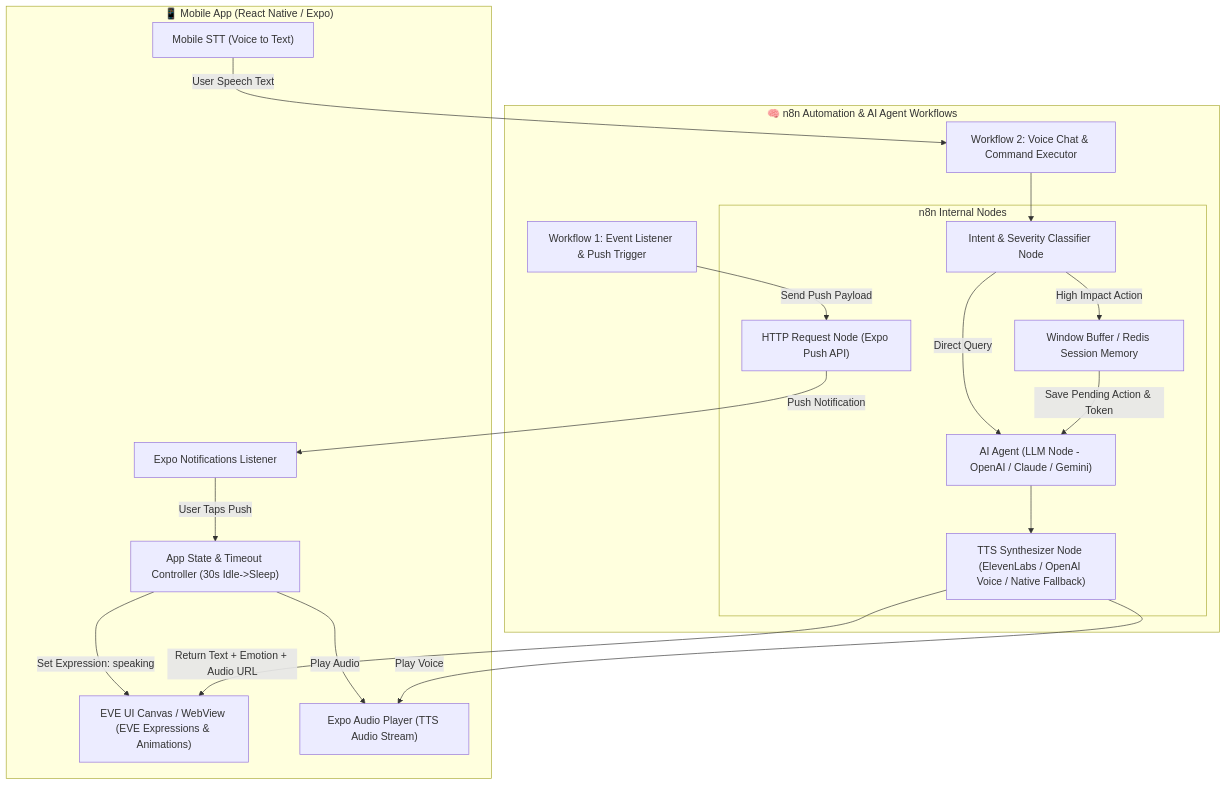
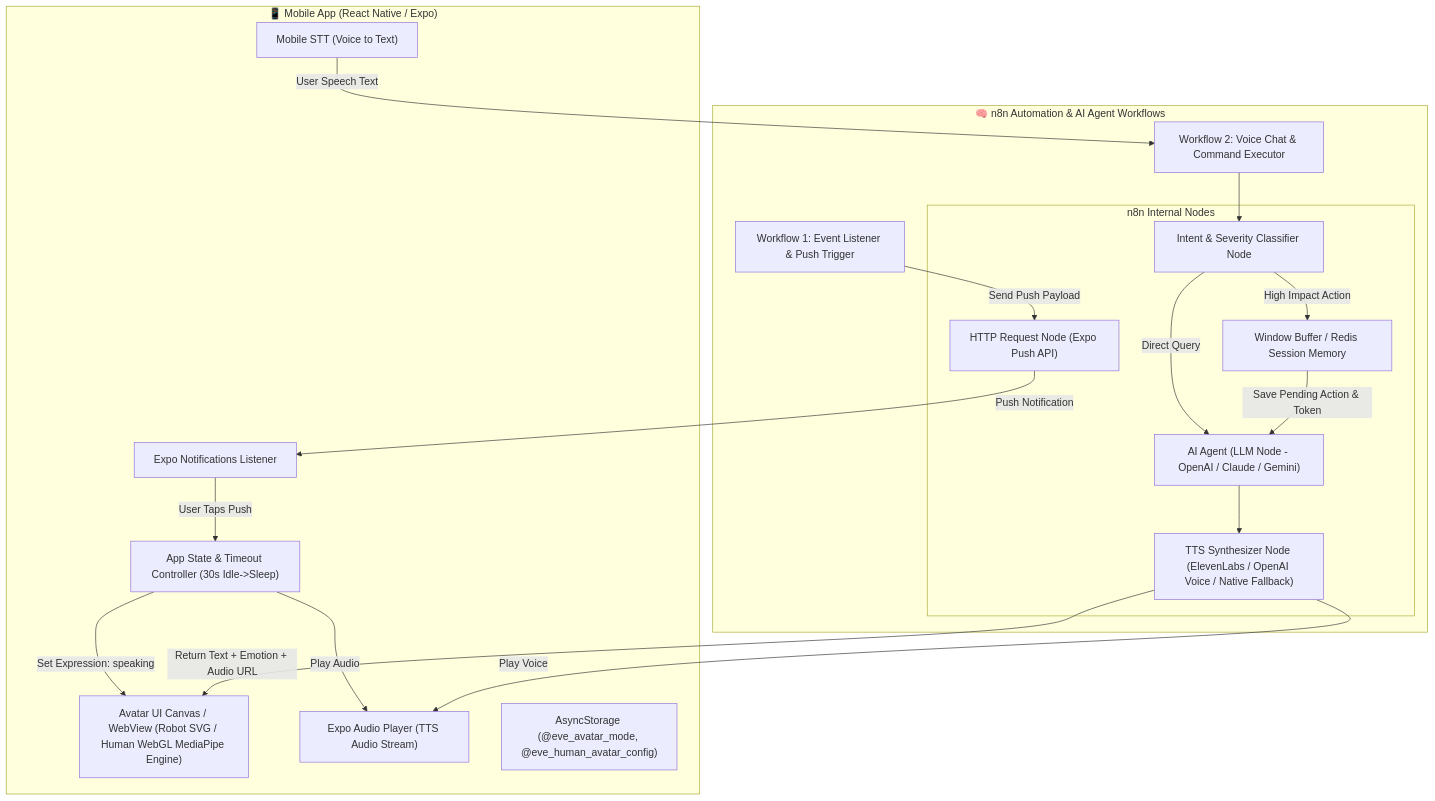
One commit to namth/eve-app changed the first of 3 diagrams in docs/architecture.md. Above: the diagram before and after it, drawn with Mermaid. The commit also changed 4 other files, not shown here.

Commit message:
docs: add hybrid human avatar spec and update roadmap

````diff
--- a/docs/architecture.md
+++ b/docs/architecture.md
@@ -5,40 +5,41 @@
 ```mermaid
 flowchart TD
     subgraph MobileApp ["📱 Mobile App (React Native / Expo)"]
-        UI["EVE UI Canvas / WebView (EVE Expressions & Animations)"]
+        UI["Avatar UI Canvas / WebView (Robot SVG / Human WebGL MediaPipe Engine)"]
         STT["Mobile STT (Voice to Text)"]
         TTSPlayer["Expo Audio Player (TTS Audio Stream)"]
         PushHandler["Expo Notifications Listener"]
+        AvatarConfig["AsyncStorage (@eve_avatar_mode, @eve_human_avatar_config)"]
         StateManager["App State & Timeout Controller (30s Idle->Sleep)"]
     end
 
     subgraph N8N_Backend ["🧠 n8n Automation & AI Agent Workflows"]
         PushTriggerWorkflow["Workflow 1: Event Listener & Push Trigger"]
         ChatWebhookWorkflow["Workflow 2: Voice Chat & Command Executor"]
         
         subgraph N8N_Nodes ["n8n Internal Nodes"]
             IntentClassifier["Intent & Severity Classifier Node"]
             MemoryNode["Window Buffer / Redis Session Memory"]
             AIAgentNode["AI Agent (LLM Node - OpenAI / Claude / Gemini)"]
             TTSNode["TTS Synthesizer Node (ElevenLabs / OpenAI Voice / Native Fallback)"]
             ExpoPushNode["HTTP Request Node (Expo Push API)"]
         end
     end
 
     %% Notification Flow
     PushTriggerWorkflow -->|Send Push Payload| ExpoPushNode
     ExpoPushNode -->|Push Notification| PushHandler
     PushHandler -->|User Taps Push| StateManager
     StateManager -->|Set Expression: speaking| UI
     StateManager -->|Play Audio| TTSPlayer
 
     %% Voice Interaction Flow
     STT -->|User Speech Text| ChatWebhookWorkflow
     ChatWebhookWorkflow --> IntentClassifier
     IntentClassifier -->|Direct Query| AIAgentNode
     IntentClassifier -->|High Impact Action| MemoryNode
     MemoryNode -->|Save Pending Action & Token| AIAgentNode
     AIAgentNode --> TTSNode
     TTSNode -->|Return Text + Emotion + Audio URL| UI
     TTSNode -->|Play Voice| TTSPlayer
 ```
````
